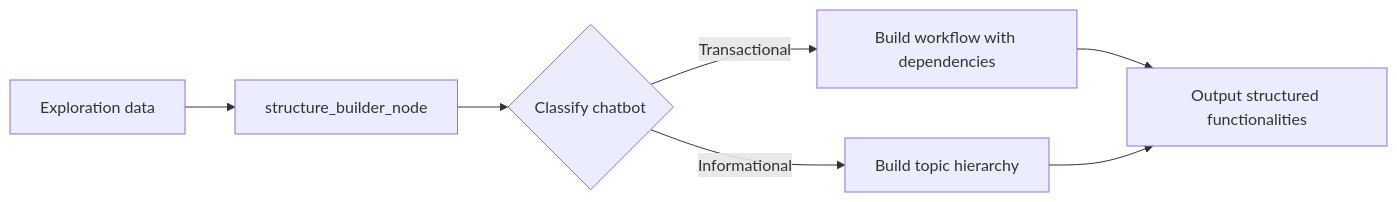
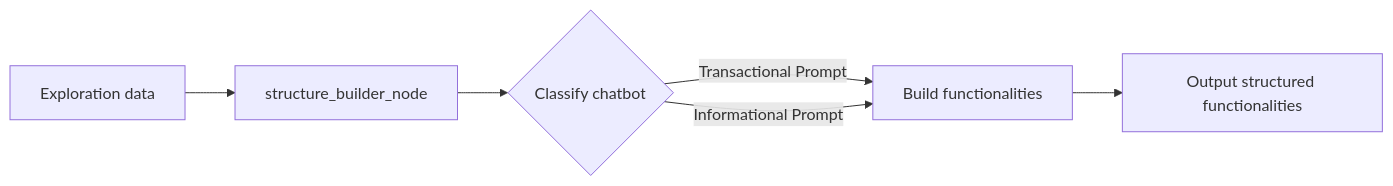
One commit to Chatbot-TRACER/TRACER changed the first of 4 diagrams in readme.md. Above: the diagram before and after it, drawn with Mermaid.

Commit message:
analysis diagram

````diff
--- a/readme.md
+++ b/readme.md
@@ -68,9 +68,8 @@
 ```mermaid
 flowchart LR
     A[Exploration data] --> B[structure_builder_node]
     B --> C{Classify chatbot}
-    C -->|Transactional| D[Build workflow with dependencies]
-    C -->|Informational| E[Build topic hierarchy]
-    D --> F[Output structured functionalities]
-    E --> F
+    C -->|Transactional Prompt| D[Build functionalities]
+    C -->|Informational Prompt| D[Build functionalities]
+    D --> E[Output structured functionalities]
 ```
````
